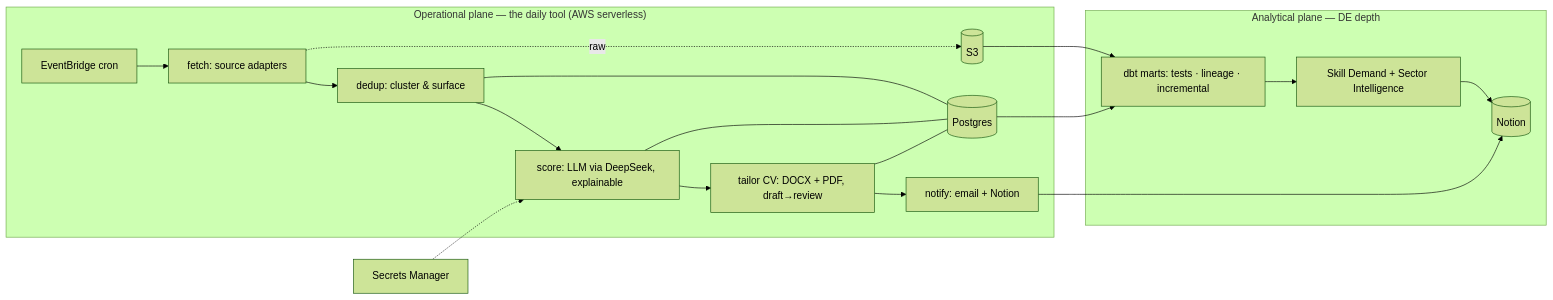
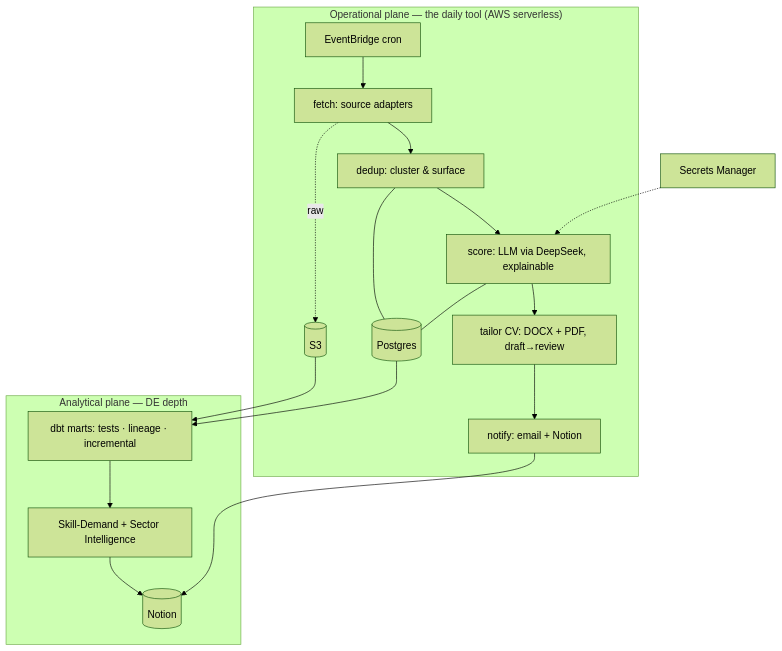
Before and after one commit to tarigelamin1997/jobfetcher: the second of 3 diagrams in README.md, drawn with Mermaid (forest theme). The commit also changed other lines of this file and 12 other files, not shown here.

````diff
--- a/README.md
+++ b/README.md
@@ -25,22 +58,21 @@
 ```mermaid
-flowchart LR
+flowchart TB
   subgraph OP["Operational plane — the daily tool (AWS serverless)"]
     SCHED[EventBridge cron] --> FETCH[fetch: source adapters]
     FETCH --> DEDUP[dedup: cluster &amp; surface]
     DEDUP --> SCORE[score: LLM via DeepSeek, explainable]
     SCORE --> CV[tailor CV: DOCX + PDF, draft→review]
     CV --> NOTIFY[notify: email + Notion]
     FETCH -. raw .-> S3[(S3)]
     DEDUP --- PG[(Postgres)]
     SCORE --- PG
-    CV --- PG
   end
   subgraph AN["Analytical plane — DE depth"]
     PG --> DBT[dbt marts: tests · lineage · incremental]
     S3 --> DBT
-    DBT --> INTEL[Skill Demand + Sector Intelligence]
+    DBT --> INTEL[Skill-Demand + Sector Intelligence]
     INTEL --> NOTION[(Notion)]
   end
   SECRETS[Secrets Manager] -.-> SCORE
   NOTIFY --> NOTION
 ```
````
